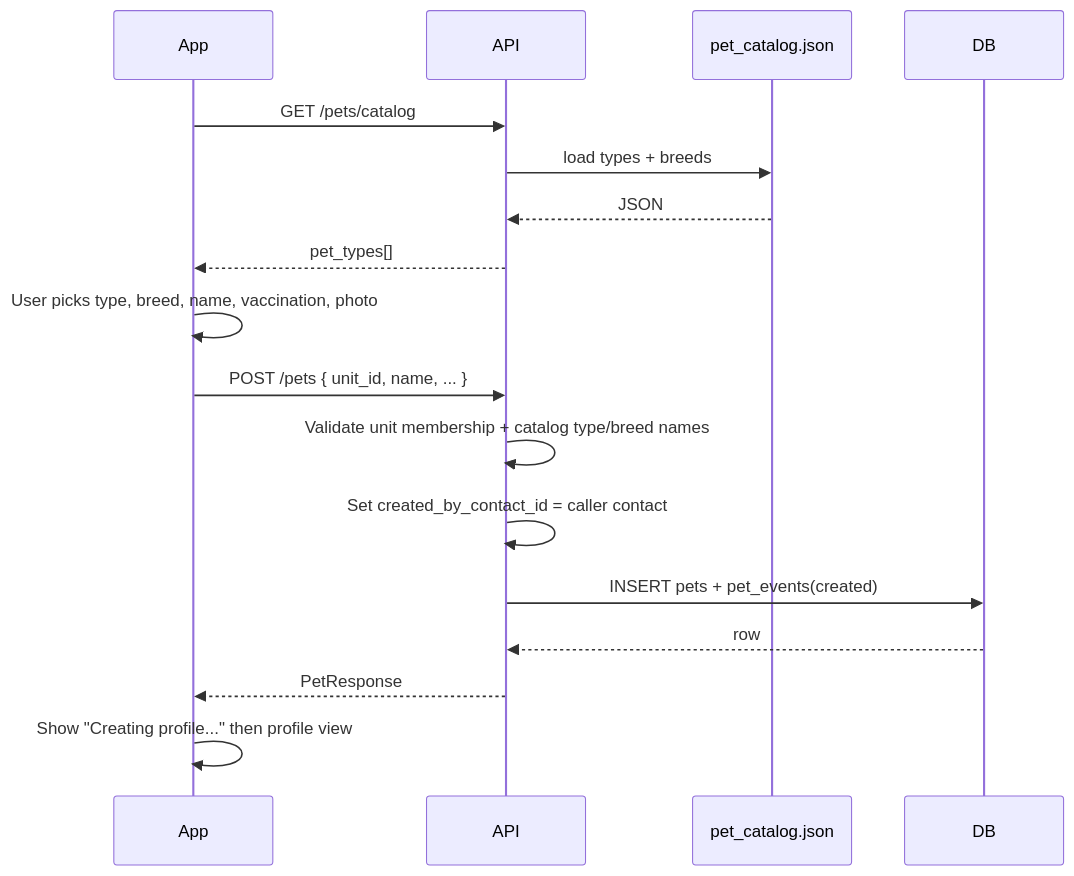
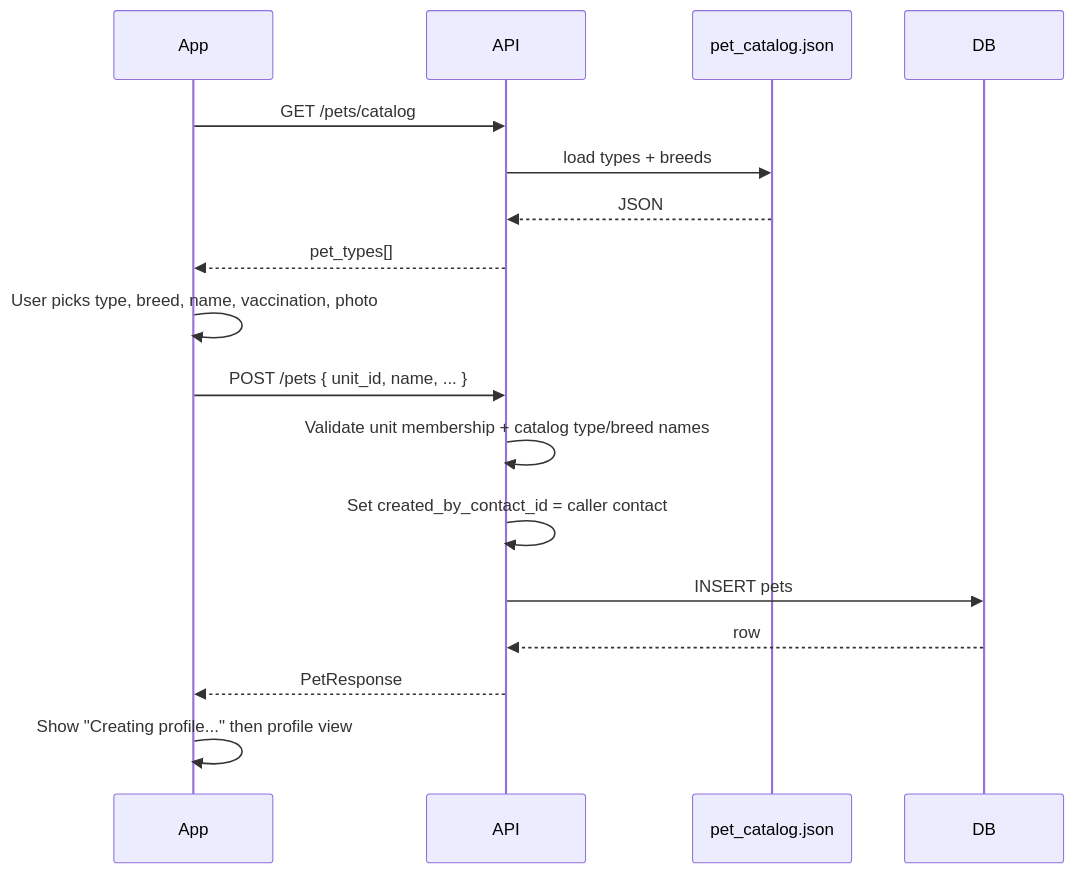
The diagram in apps/user_service/docs/pets-flow.md (isometrik-ai/ats-home-craft-python-service), drawn with Mermaid before and after one commit. The commit also changed other lines of this file and 5 other files, not shown here.

First line of the commit message:
Refactor PetsRepository and related schemas to remove event handling

````diff
--- a/apps/user_service/docs/pets-flow.md
+++ b/apps/user_service/docs/pets-flow.md
@@ -419,23 +416,23 @@
 ```mermaid
 sequenceDiagram
     participant App
     participant API
     participant Catalog as pet_catalog.json
     participant DB
 
     App->>API: GET /pets/catalog
     API->>Catalog: load types + breeds
     Catalog-->>API: JSON
     API-->>App: pet_types[]
 
     App->>App: User picks type, breed, name, vaccination, photo
 
     App->>API: POST /pets { unit_id, name, ... }
     API->>API: Validate unit membership + catalog type/breed names
     API->>API: Set created_by_contact_id = caller contact
-    API->>DB: INSERT pets + pet_events(created)
+    API->>DB: INSERT pets
     DB-->>API: row
     API-->>App: PetResponse
 
     App->>App: Show "Creating profile..." then profile view
 ```
````
